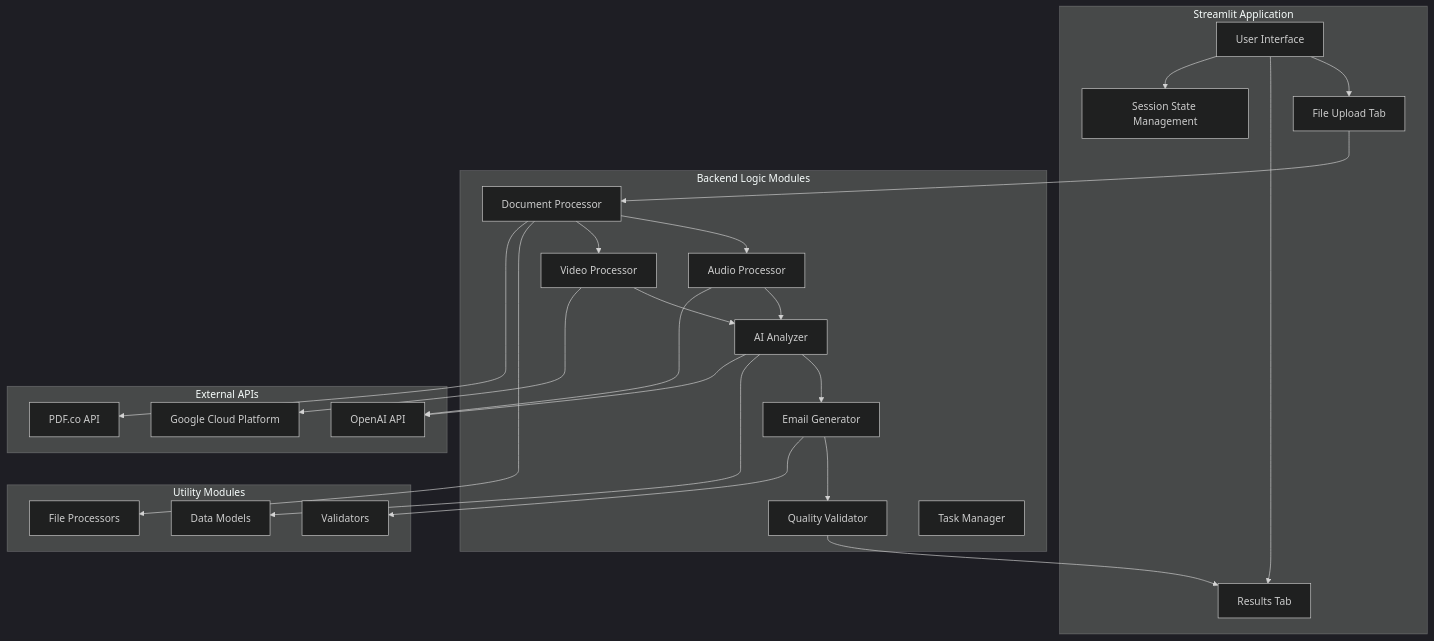
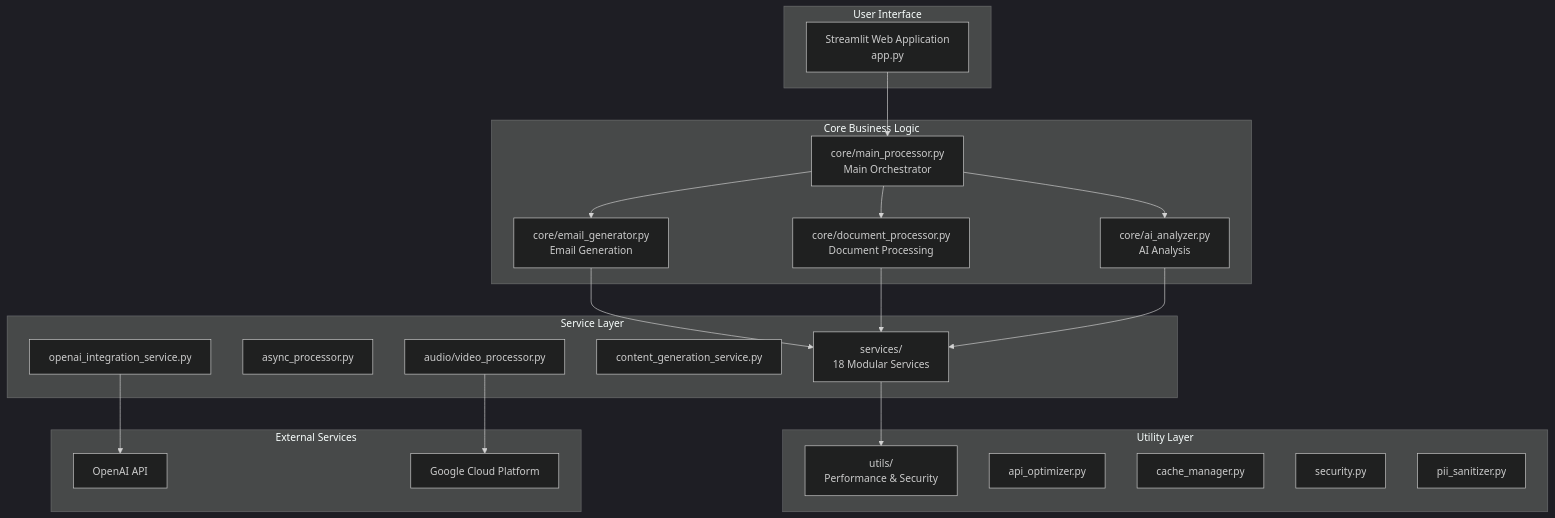
The diagram in docs/ARCHITECTURE.md (wisdom1456/Finding_Email), drawn with Mermaid (dark theme) before and after one commit. The commit also changed other lines of this file and 210 other files, not shown here.

````diff
--- a/docs/ARCHITECTURE.md
+++ b/docs/ARCHITECTURE.md
@@ -23,53 +19,41 @@
 ```mermaid
-graph TB
-    subgraph "Streamlit Application"
-        UI[User Interface]
-        Upload[File Upload Tab]
-        Results[Results Tab]
-        Session[Session State Management]
+graph TD
+    subgraph "User Interface"
+        A[Streamlit Web Application<br/>app.py]
     end
 
-    subgraph "Backend Logic Modules"
-        DocProc[Document Processor]
-        AudioProc[Audio Processor]
-        VideoProc[Video Processor]
-        AIAnalyzer[AI Analyzer]
-        EmailGen[Email Generator]
-        QualityVal[Quality Validator]
-        TaskMgr[Task Manager]
+    subgraph "Core Business Logic"
+        B[core/main_processor.py<br/>Main Orchestrator]
+        C[core/email_generator.py<br/>Email Generation]
+        D[core/document_processor.py<br/>Document Processing]
+        E[core/ai_analyzer.py<br/>AI Analysis]
     end
 
-    subgraph "Utility Modules"
-        DataModels[Data Models]
-        Validators[Validators]
-        FileProc[File Processors]
+    subgraph "Service Layer"
+        F[services/<br/>18 Modular Services]
+        F1[async_processor.py]
+        F2[audio/video_processor.py]
+        F3[content_generation_service.py]
+        F4[openai_integration_service.py]
     end
 
-    subgraph "External APIs"
-        OpenAI[OpenAI API]
-        GoogleCloud[Google Cloud Platform]
-        PDFco[PDF.co API]
+    subgraph "Utility Layer"
+        G[utils/<br/>Performance & Security]
+        G1[api_optimizer.py]
+        G2[cache_manager.py]
+        G3[security.py]
+        G4[pii_sanitizer.py]
     end
 
-    UI --> Upload
-    UI --> Results
-    UI --> Session
+    subgraph "External Services"
+        H[OpenAI API]
+        I[Google Cloud Platform]
+    end
 
-    Upload --> DocProc
-    DocProc --> AudioProc
-    DocProc --> VideoProc
-    AudioProc --> AIAnalyzer
-    VideoProc --> AIAnalyzer
-    AIAnalyzer --> EmailGen
-    EmailGen --> QualityVal
-    QualityVal --> Results
-
-    DocProc --> FileProc
-    AIAnalyzer --> DataModels
-    EmailGen --> Validators
-
-    AudioProc --> OpenAI
-    VideoProc --> GoogleCloud
-    AIAnalyzer --> OpenAI
-    DocProc --> PDFco
+    A --> B
+    B --> C & D & E
+    C & D & E --> F
+    F --> G
+    F4 --> H
+    F2 --> I
 ```
````
